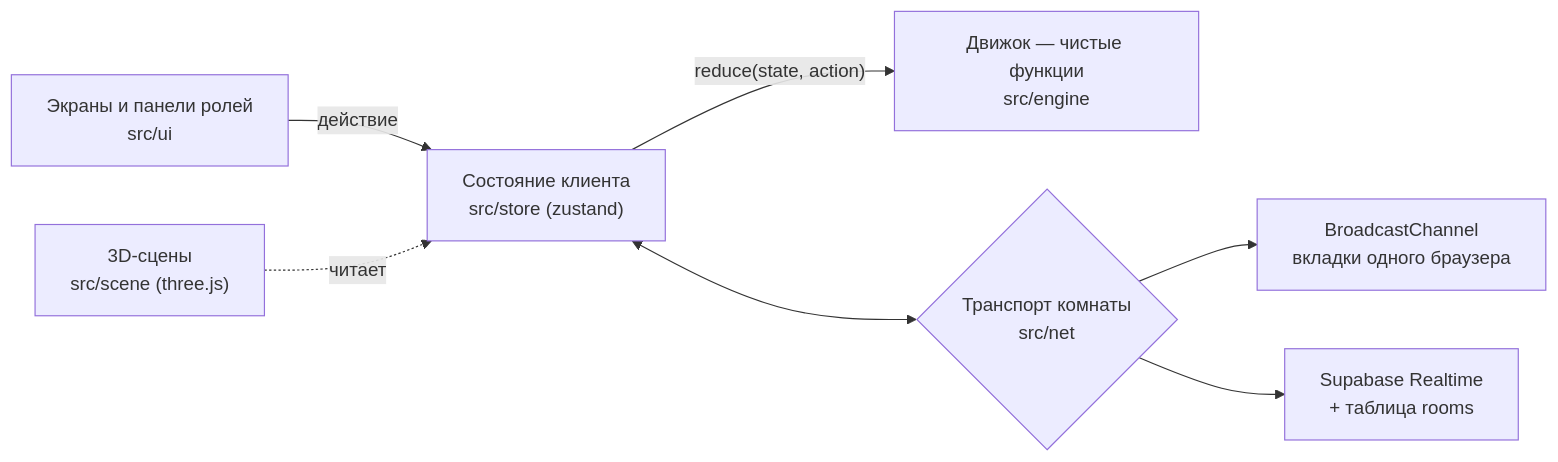
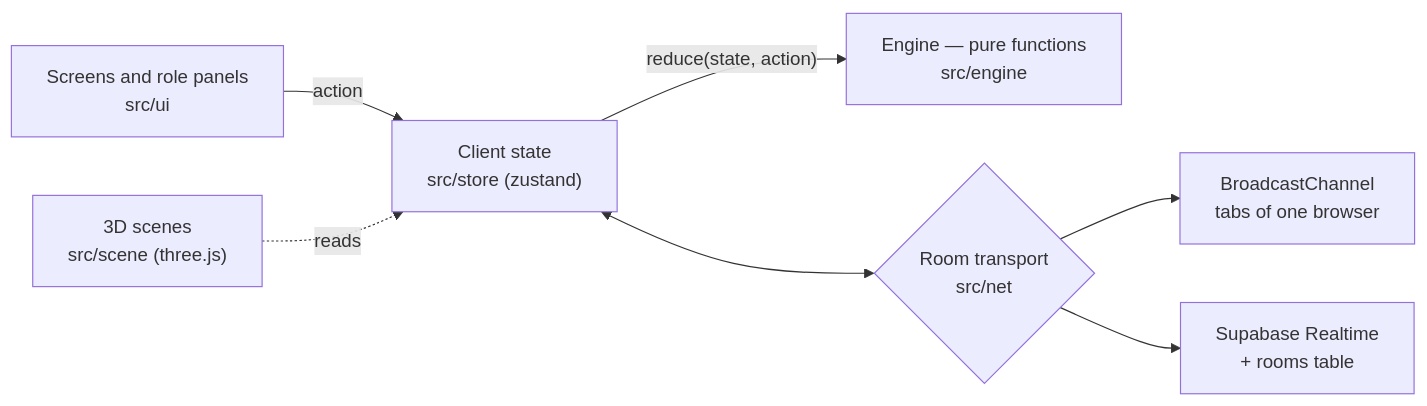
One commit to emil2ka/space-mission-beyond-limits changed the diagram in README.md. Above: the diagram before and after it, drawn with Mermaid. The commit also changed other lines of this file and 59 other files, not shown here.

````diff
--- a/README.md
+++ b/README.md
@@ -109,9 +111,9 @@
 ```mermaid
 flowchart LR
-  UI["Экраны и панели ролей<br/>src/ui"] -- "действие" --> Store["Состояние клиента<br/>src/store (zustand)"]
-  Scene["3D-сцены<br/>src/scene (three.js)"] -. "читает" .-> Store
-  Store -- "reduce(state, action)" --> Engine["Движок — чистые функции<br/>src/engine"]
-  Store <--> Net{"Транспорт комнаты<br/>src/net"}
-  Net --> Local["BroadcastChannel<br/>вкладки одного браузера"]
-  Net --> Supa["Supabase Realtime<br/>+ таблица rooms"]
+  UI["Screens and role panels<br/>src/ui"] -- "action" --> Store["Client state<br/>src/store (zustand)"]
+  Scene["3D scenes<br/>src/scene (three.js)"] -. "reads" .-> Store
+  Store -- "reduce(state, action)" --> Engine["Engine — pure functions<br/>src/engine"]
+  Store <--> Net{"Room transport<br/>src/net"}
+  Net --> Local["BroadcastChannel<br/>tabs of one browser"]
+  Net --> Supa["Supabase Realtime<br/>+ rooms table"]
 ```
````
